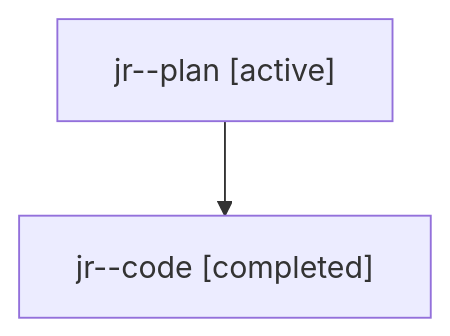
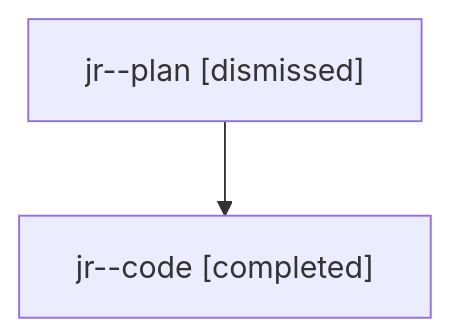
The diagram in sessions/bbugyi200.athena.jr.md (bobs-org/bob-cli--agents), drawn with Mermaid before and after one commit. The commit also changed other lines of this file and 36 other files, not shown here.

````diff
--- a/sessions/bbugyi200.athena.jr.md
+++ b/sessions/bbugyi200.athena.jr.md
@@ -9,6 +9,6 @@
 ```mermaid
 flowchart TD
-  n0["jr--plan [active]"]
+  n0["jr--plan [dismissed]"]
   n1["jr--code [completed]"]
   n0 --> n1
 ```
````
